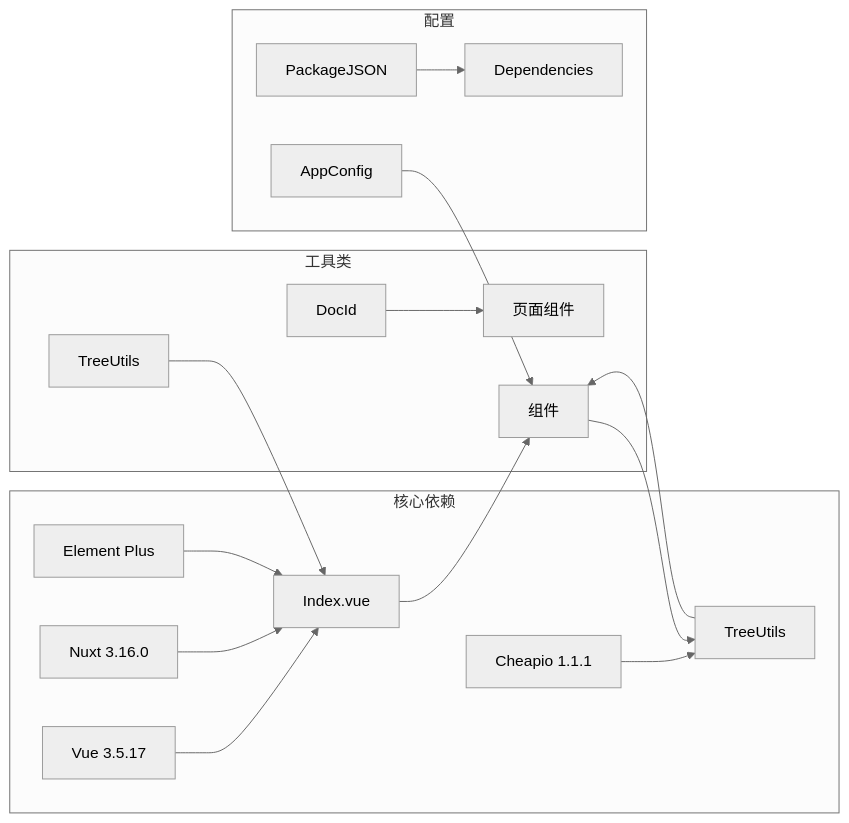
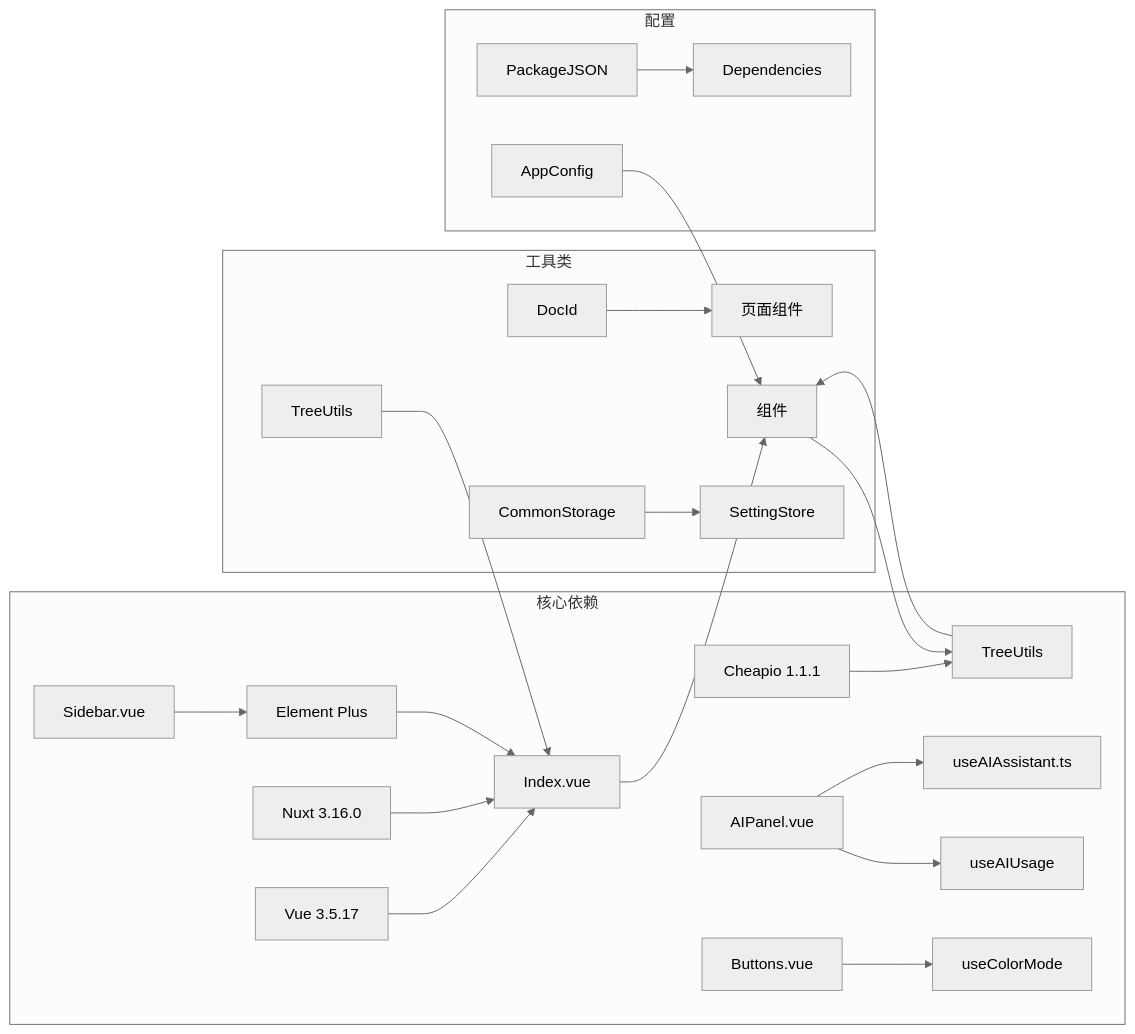
One commit to terwer/siyuan-plugin-blog changed the ninth of 9 diagrams in .qoder/repowiki/zh/content/Outline System.md. Above: the diagram before and after it, drawn with Mermaid (neutral theme). The commit also changed other lines of this file and 31 other files, not shown here.

````diff
--- a/.qoder/repowiki/zh/content/Outline System.md
+++ b/.qoder/repowiki/zh/content/Outline System.md
@@ -720,20 +671,25 @@
 ```mermaid
 graph LR
 subgraph "核心依赖"
 Vue[Vue 3.5.17] --> Outline[Index.vue]
 Nuxt[Nuxt 3.16.0] --> Outline
 ElementPlus[Element Plus] --> Outline
 Cheerio[Cheapio 1.1.1] --> Utils[TreeUtils]
+AIPanel[AIPanel.vue] --> AIAssistant[useAIAssistant.ts]
+AIPanel --> AIUsage[useAIUsage]
+Buttons[Buttons.vue] --> ColorMode[useColorMode]
+Sidebar[Sidebar.vue] --> ElementPlus
 end
 subgraph "工具类"
 TreeUtils --> Outline
 DocId --> Pages[页面组件]
 Utils --> Components[组件]
+CommonStorage --> SettingStore
 end
 subgraph "配置"
 AppConfig --> Components
 PackageJSON --> Dependencies
 end
 Outline --> Components
 Components --> Utils
 ```
````
